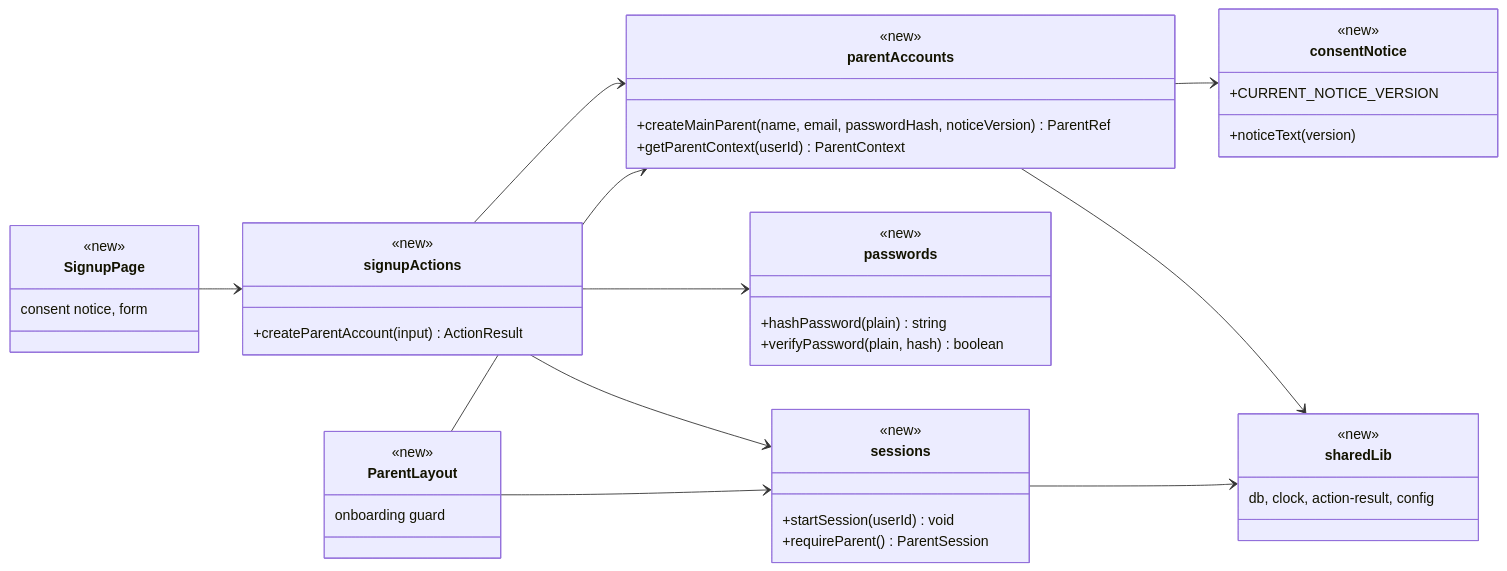
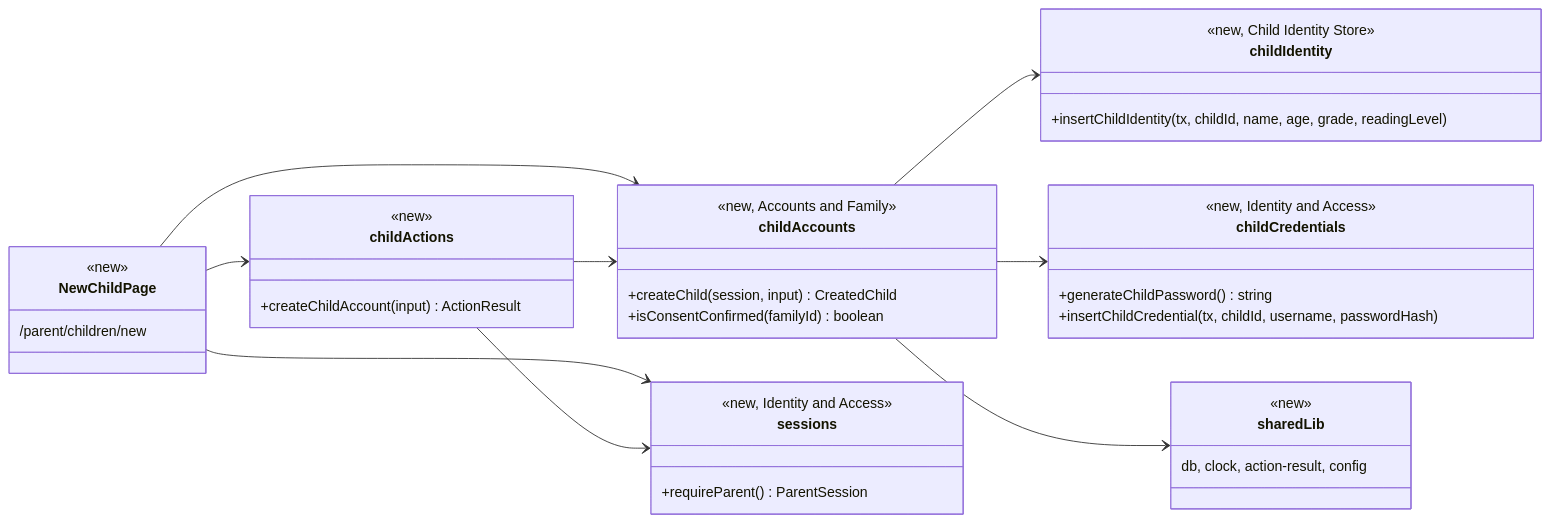
Before and after one commit to videogames21/book_buddies: the first of 3 diagrams in design/par.md, drawn with Mermaid. The commit also changed other lines of this file and 1 other file, not shown here.

First line of the commit message:
Redo PAR design for UC-PAR-create-kid-account

````diff
--- a/design/par.md
+++ b/design/par.md
@@ -52,49 +52,42 @@
 ```mermaid
 classDiagram
     direction LR
-    class SignupPage {
+    class NewChildPage {
         <<new>>
-        consent notice, form
+        /parent/children/new
     }
-    class signupActions {
+    class childActions {
         <<new>>
-        +createParentAccount(input) ActionResult
+        +createChildAccount(input) ActionResult
     }
-    class ParentLayout {
-        <<new>>
-        onboarding guard
+    class childAccounts {
+        <<new, Accounts and Family>>
+        +createChild(session, input) CreatedChild
+        +isConsentConfirmed(familyId) boolean
     }
-    class parentAccounts {
-        <<new>>
-        +createMainParent(name, email, passwordHash, noticeVersion) ParentRef
-        +getParentContext(userId) ParentContext
+    class childIdentity {
+        <<new, Child Identity Store>>
+        +insertChildIdentity(tx, childId, name, age, grade, readingLevel)
     }
-    class consentNotice {
-        <<new>>
-        +CURRENT_NOTICE_VERSION
-        +noticeText(version)
-    }
-    class passwords {
-        <<new>>
-        +hashPassword(plain) string
-        +verifyPassword(plain, hash) boolean
+    class childCredentials {
+        <<new, Identity and Access>>
+        +generateChildPassword() string
+        +insertChildCredential(tx, childId, username, passwordHash)
     }
     class sessions {
-        <<new>>
-        +startSession(userId) void
+        <<new, Identity and Access>>
         +requireParent() ParentSession
     }
     class sharedLib {
         <<new>>
         db, clock, action-result, config
     }
-    SignupPage --> signupActions
-    signupActions --> parentAccounts
-    signupActions --> passwords
-    signupActions --> sessions
-    parentAccounts --> consentNotice
-    ParentLayout --> sessions
-    ParentLayout --> parentAccounts
-    parentAccounts --> sharedLib
-    sessions --> sharedLib
+    NewChildPage --> childActions
+    NewChildPage --> sessions
+    NewChildPage --> childAccounts
+    childActions --> sessions
+    childActions --> childAccounts
+    childAccounts --> childIdentity
+    childAccounts --> childCredentials
+    childAccounts --> sharedLib
 ```
````
